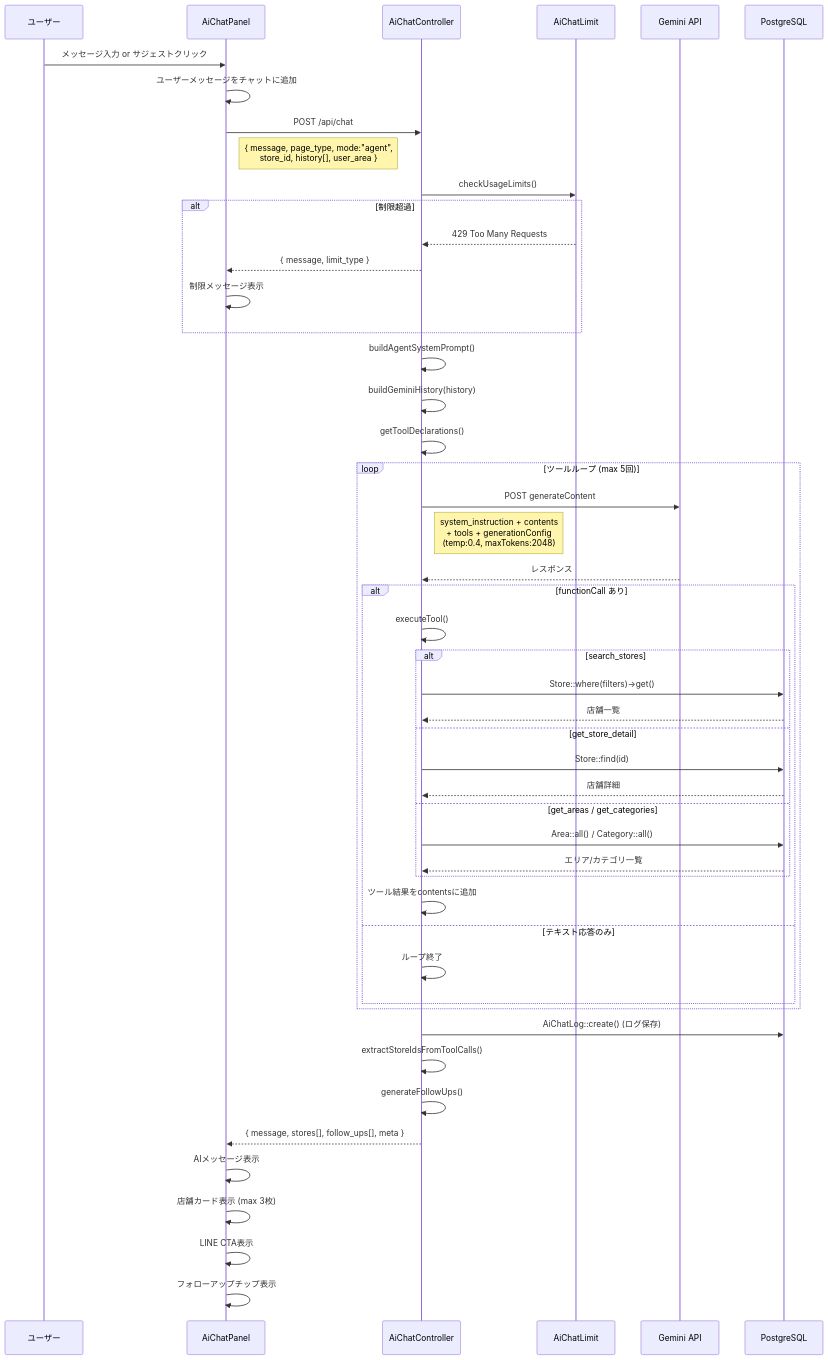
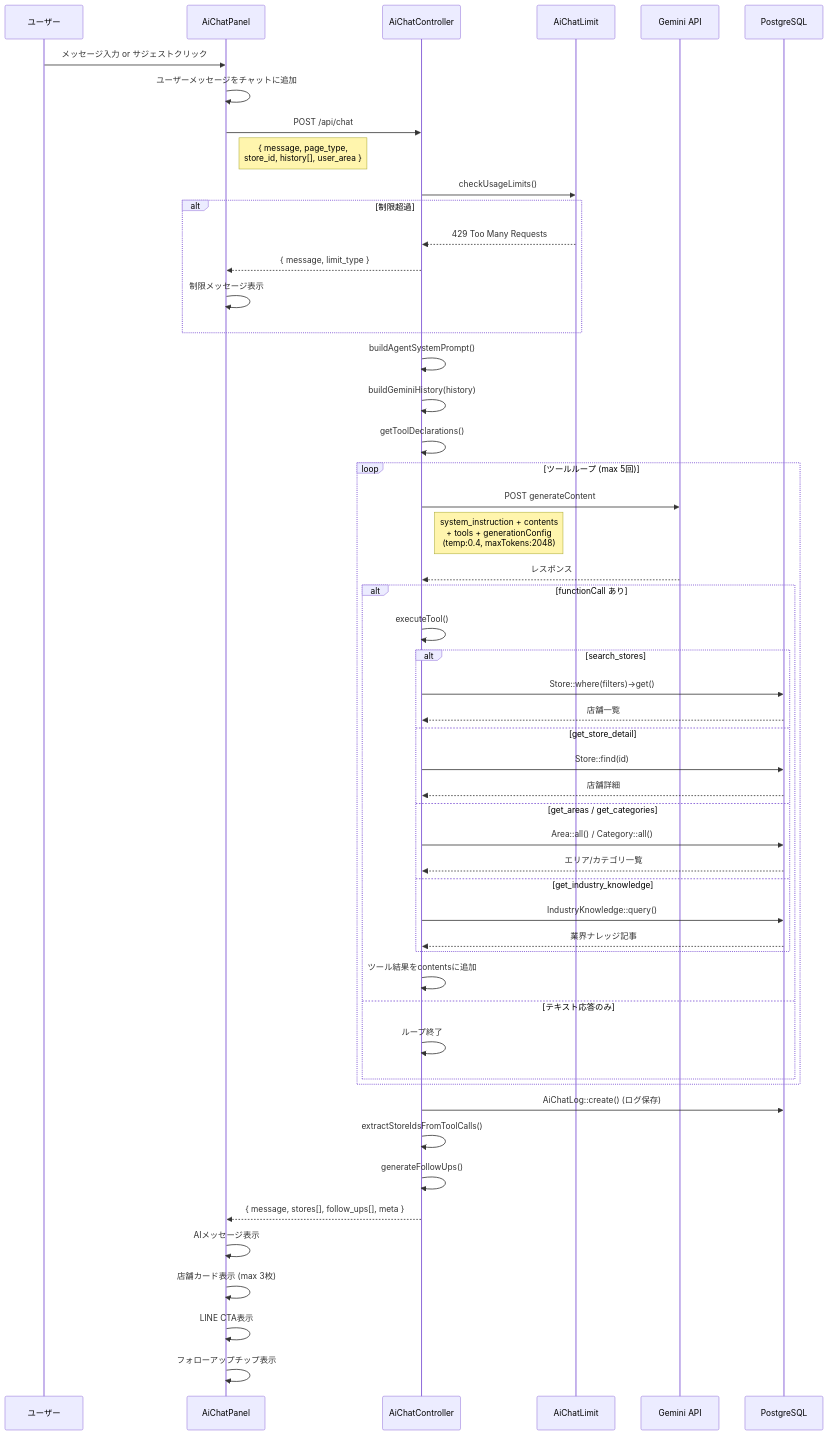
The second of 2 diagrams in docs/ai-chat-architecture.md (Tomo1380/recta2), drawn with Mermaid before and after one commit. The commit also changed other lines of this file and 50 other files, not shown here.

````diff
--- a/docs/ai-chat-architecture.md
+++ b/docs/ai-chat-architecture.md
@@ -57,59 +56,62 @@
 ```mermaid
 sequenceDiagram
     participant U as ユーザー
     participant FE as AiChatPanel
     participant API as AiChatController
     participant LIM as AiChatLimit
     participant GEM as Gemini API
     participant DB as PostgreSQL
 
     U->>FE: メッセージ入力 or サジェストクリック
     FE->>FE: ユーザーメッセージをチャットに追加
     FE->>API: POST /api/chat
-    Note right of FE: { message, page_type, mode:"agent",<br/>store_id, history[], user_area }
+    Note right of FE: { message, page_type,<br/>store_id, history[], user_area }
 
     API->>LIM: checkUsageLimits()
     alt 制限超過
         LIM-->>API: 429 Too Many Requests
         API-->>FE: { message, limit_type }
         FE->>FE: 制限メッセージ表示
     end
 
     API->>API: buildAgentSystemPrompt()
     API->>API: buildGeminiHistory(history)
     API->>API: getToolDeclarations()
 
     loop ツールループ (max 5回)
         API->>GEM: POST generateContent
         Note right of API: system_instruction + contents<br/>+ tools + generationConfig<br/>(temp:0.4, maxTokens:2048)
 
         GEM-->>API: レスポンス
 
         alt functionCall あり
             API->>API: executeTool()
             alt search_stores
                 API->>DB: Store::where(filters)->get()
                 DB-->>API: 店舗一覧
             else get_store_detail
                 API->>DB: Store::find(id)
                 DB-->>API: 店舗詳細
             else get_areas / get_categories
                 API->>DB: Area::all() / Category::all()
                 DB-->>API: エリア/カテゴリ一覧
+            else get_industry_knowledge
+                API->>DB: IndustryKnowledge::query()
+                DB-->>API: 業界ナレッジ記事
             end
             API->>API: ツール結果をcontentsに追加
         else テキスト応答のみ
             API->>API: ループ終了
         end
     end
 
     API->>DB: AiChatLog::create() (ログ保存)
     API->>API: extractStoreIdsFromToolCalls()
     API->>API: generateFollowUps()
     API-->>FE: { message, stores[], follow_ups[], meta }
 
     FE->>FE: AIメッセージ表示
     FE->>FE: 店舗カード表示 (max 3枚)
     FE->>FE: LINE CTA表示
     FE->>FE: フォローアップチップ表示
 ```
````
